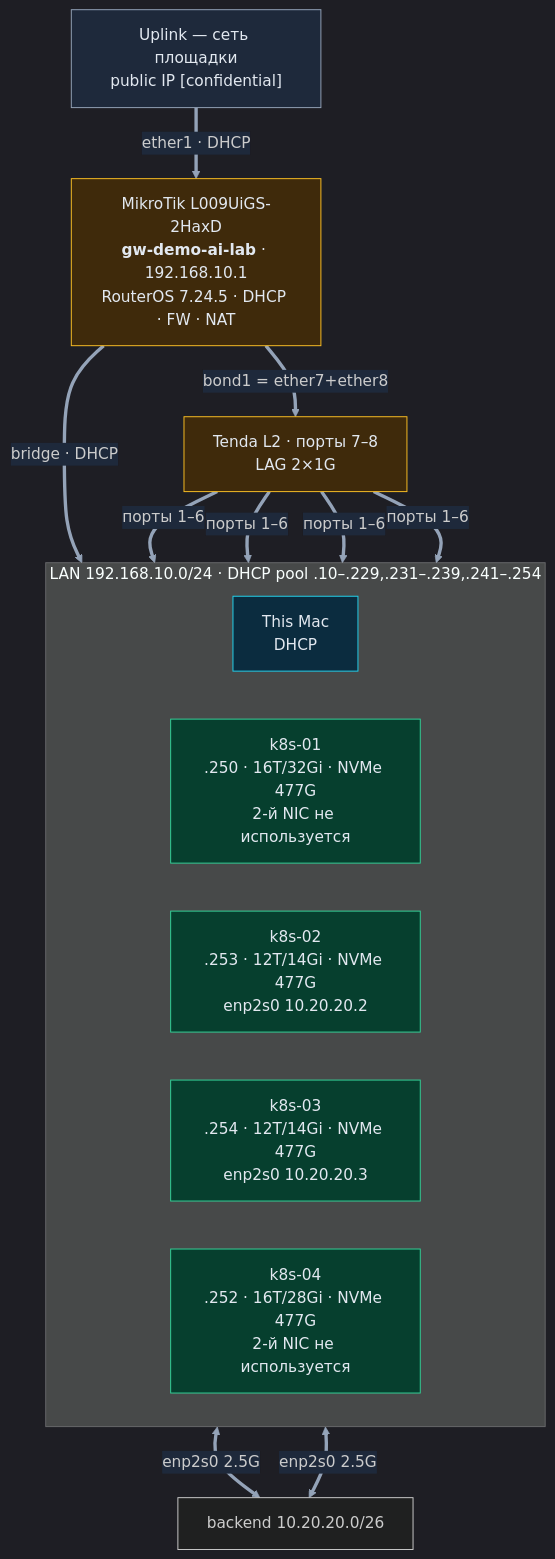
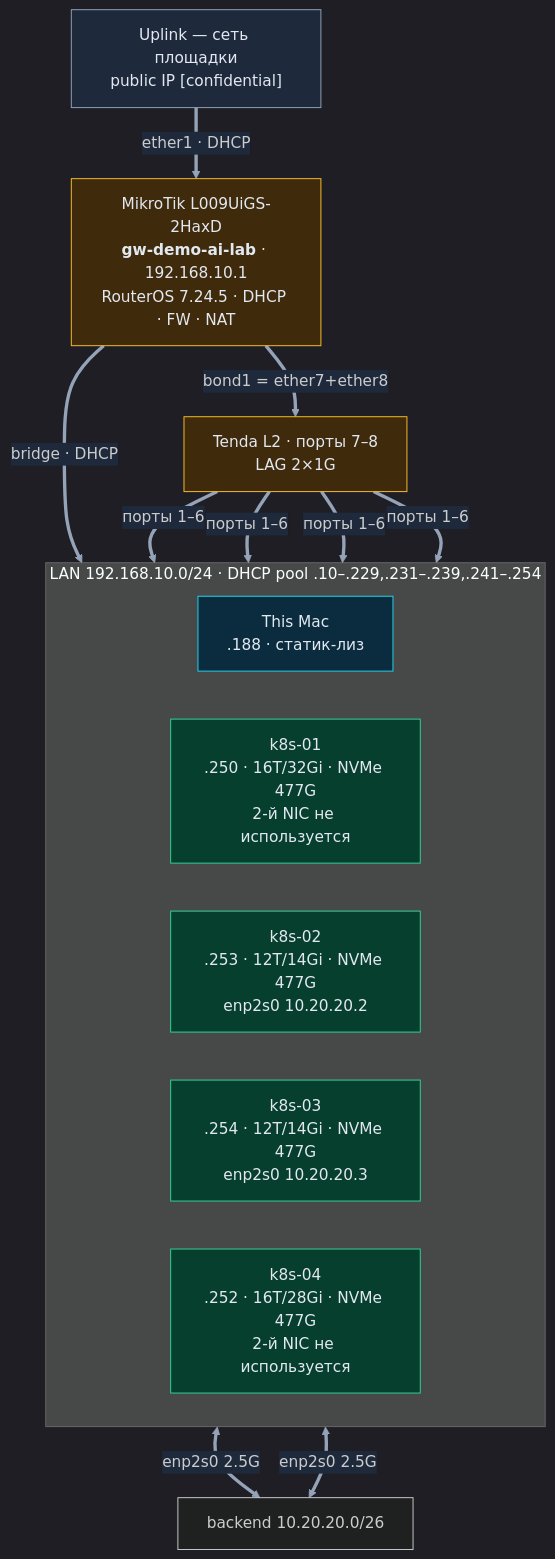
Before and after one commit to msklv/demo-ai-lab: the diagram in network-map-detail.md, drawn with Mermaid. The commit also changed other lines of this file and 16 other files, not shown here.

````diff
--- a/network-map-detail.md
+++ b/network-map-detail.md
@@ -11,35 +11,35 @@
 ```mermaid
 %%{init: {"theme": "dark", "themeVariables": {"fontFamily": "ui-monospace, monospace", "edgeLabelBackground": "#1e293b", "primaryTextColor": "#e2e8f0", "lineColor": "#94a3b8"}}}%%
 graph TD
 
     UP["Uplink — сеть площадки<br/>public IP [confidential]"]:::ext
 
     RT["MikroTik L009UiGS-2HaxD<br/><b>gw-demo-ai-lab</b> · 192.168.10.1<br/>RouterOS 7.24.5 · DHCP · FW · NAT"]:::net
 
     subgraph LAN["LAN 192.168.10.0/24 · DHCP pool .10–.229,.231–.239,.241–.254"]
         direction LR
-        MAC["This Mac<br/>DHCP"]:::mac
+        MAC["This Mac<br/>.188 · статик-лиз"]:::mac
         K1["k8s-01<br/>.250 · 16T/32Gi · NVMe 477G<br/>2-й NIC не используется"]:::linux
         K2["k8s-02<br/>.253 · 12T/14Gi · NVMe 477G<br/>enp2s0 10.20.20.2"]:::linux
         K3["k8s-03<br/>.254 · 12T/14Gi · NVMe 477G<br/>enp2s0 10.20.20.3"]:::linux
         K4["k8s-04<br/>.252 · 16T/28Gi · NVMe 477G<br/>2-й NIC не используется"]:::linux
     end
 
     K2 <==>|"enp2s0 2.5G"| BE["backend 10.20.20.0/26"]
     K3 <==>|"enp2s0 2.5G"| BE
 
     UP ==>|"ether1 · DHCP"| RT
     SW["Tenda L2 · порты 7–8<br/>LAG 2×1G"]:::net
 
     RT ==>|"bridge · DHCP"| MAC
     RT ==>|"bond1 = ether7+ether8"| SW
     SW ==>|"порты 1–6"| K1
     SW ==>|"порты 1–6"| K2
     SW ==>|"порты 1–6"| K3
     SW ==>|"порты 1–6"| K4
 
     classDef mac fill:#0b2c3f,stroke:#22d3ee,color:#e2e8f0;
     classDef linux fill:#063f2e,stroke:#34d399,color:#e2e8f0;
     classDef net fill:#3f2a0b,stroke:#fbbf24,color:#e2e8f0;
     classDef ext fill:#1e293b,stroke:#94a3b8,color:#e2e8f0;
 ```
````
